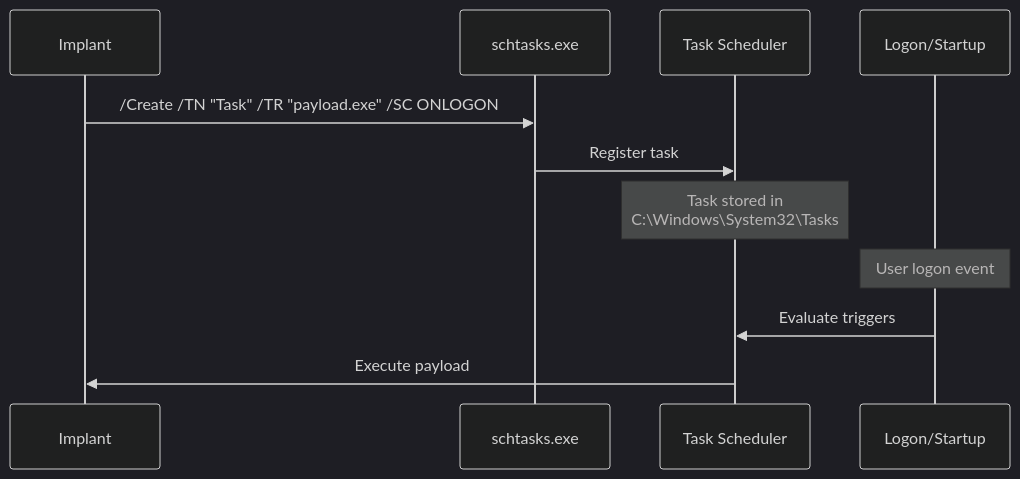
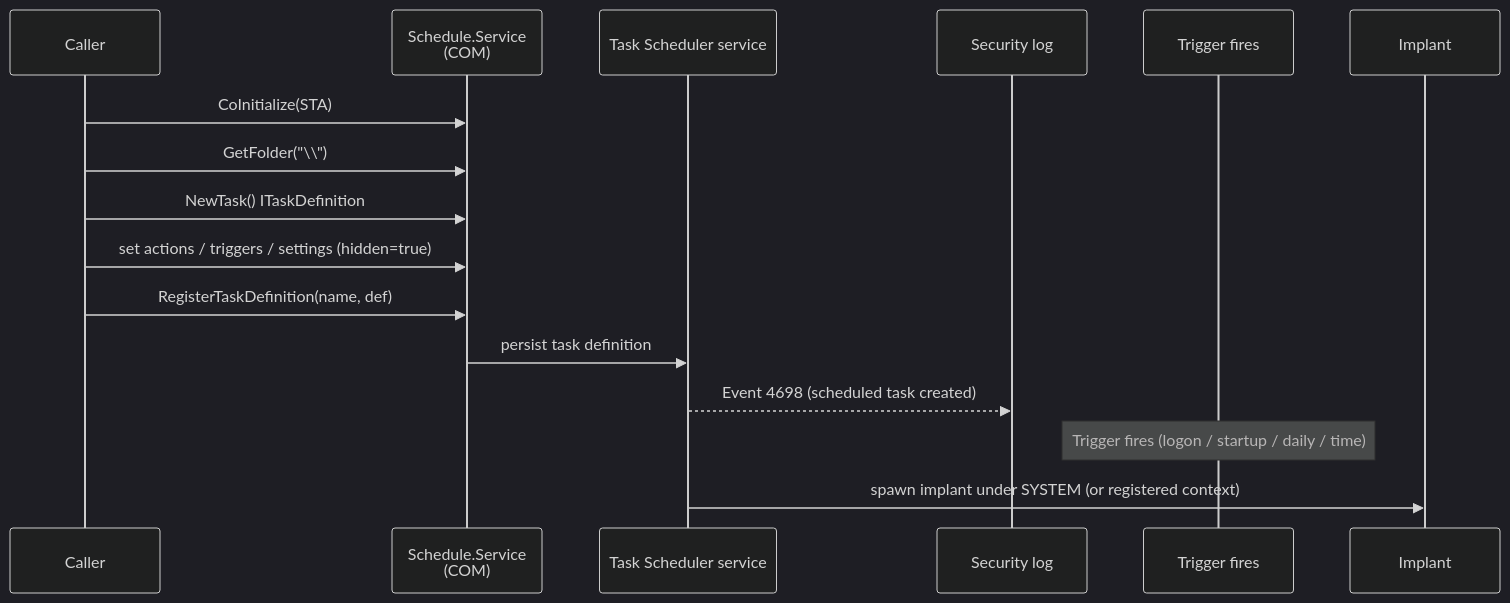
The diagram in docs/techniques/persistence/task-scheduler.md (oioio-space/maldev), drawn with Mermaid (dark theme) before and after one commit. The commit also changed other lines of this file and 7 other files, not shown here.

````diff
--- a/docs/techniques/persistence/task-scheduler.md
+++ b/docs/techniques/persistence/task-scheduler.md
@@ -20,15 +37,19 @@
 ```mermaid
 sequenceDiagram
-    participant Implant
-    participant Schtasks as schtasks.exe
-    participant Scheduler as Task Scheduler
-    participant Trigger as Logon/Startup
+    participant Caller
+    participant COM as Schedule.Service<br/>(COM)
+    participant TS as Task Scheduler service
+    participant Audit as Security log
+    participant Trig as Trigger fires
+    participant Bin as Implant
 
-    Implant->>Schtasks: /Create /TN "Task" /TR "payload.exe" /SC ONLOGON
-    Schtasks->>Scheduler: Register task
-    Note over Scheduler: Task stored in<br/>C:\Windows\System32\Tasks
-
-    Note over Trigger: User logon event
-    Trigger->>Scheduler: Evaluate triggers
-    Scheduler->>Implant: Execute payload
+    Caller->>COM: CoInitialize(STA)
+    Caller->>COM: GetFolder("\\")
+    Caller->>COM: NewTask() ITaskDefinition
+    Caller->>COM: set actions / triggers / settings (hidden=true)
+    Caller->>COM: RegisterTaskDefinition(name, def)
+    COM->>TS: persist task definition
+    TS-->>Audit: Event 4698 (scheduled task created)
+    Note over Trig: Trigger fires (logon / startup / daily / time)
+    TS->>Bin: spawn implant under SYSTEM (or registered context)
 ```
````
